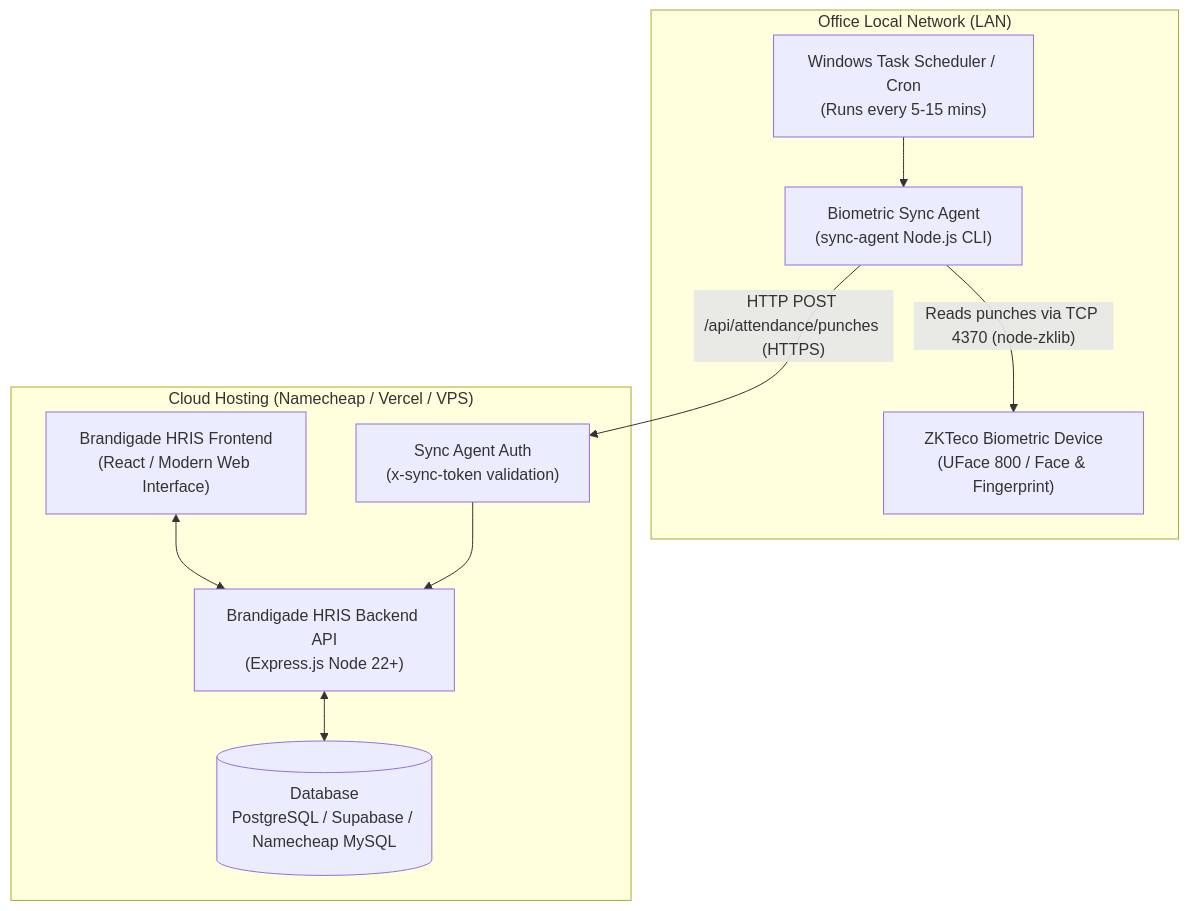
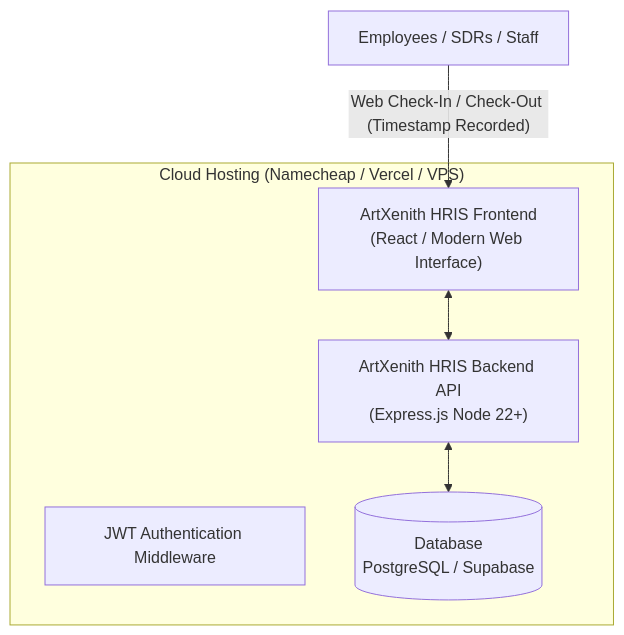
One commit to TeRmInAtOrX14/xenithhris changed the diagram in README.md. Above: the diagram before and after it, drawn with Mermaid. The commit also changed other lines of this file and 58 other files, not shown here.

Commit message:
fix: remove SDR role, fix duplicate schema models, add finance/sales/briefs modules

````diff
--- a/README.md
+++ b/README.md
@@ -9,23 +9,14 @@
 ```mermaid
 flowchart TD
-    subgraph Office_LAN["Office Local Network (LAN)"]
-        ZK["ZKTeco Biometric Device\n(UFace 800 / Face & Fingerprint)"]
-        Agent["Biometric Sync Agent\n(sync-agent Node.js CLI)"]
-        TaskSch["Windows Task Scheduler / Cron\n(Runs every 5-15 mins)"]
-        
-        TaskSch --> Agent
-        Agent -- "Reads punches via TCP 4370 (node-zklib)" --> ZK
-    end
-
     subgraph Hosting_Cloud["Cloud Hosting (Namecheap / Vercel / VPS)"]
-        API["Brandigade HRIS Backend API\n(Express.js Node 22+)"]
-        AuthMiddleware["Sync Agent Auth\n(x-sync-token validation)"]
-        DB[(Database\nPostgreSQL / Supabase / Namecheap MySQL)]
-        Frontend["Brandigade HRIS Frontend\n(React / Modern Web Interface)"]
+        API["ArtXenith HRIS Backend API\n(Express.js Node 22+)"]
+        AuthMiddleware["JWT Authentication Middleware"]
+        DB[(Database\nPostgreSQL / Supabase)]
+        Frontend["ArtXenith HRIS Frontend\n(React / Modern Web Interface)"]
         
         API <--> DB
         Frontend <--> API
     end
 
-    Agent -- "HTTP POST /api/attendance/punches (HTTPS)" --> AuthMiddleware --> API
+    User["Employees / SDRs / Staff"] -- "Web Check-In / Check-Out (Timestamp Recorded)" --> Frontend
 ```
````
